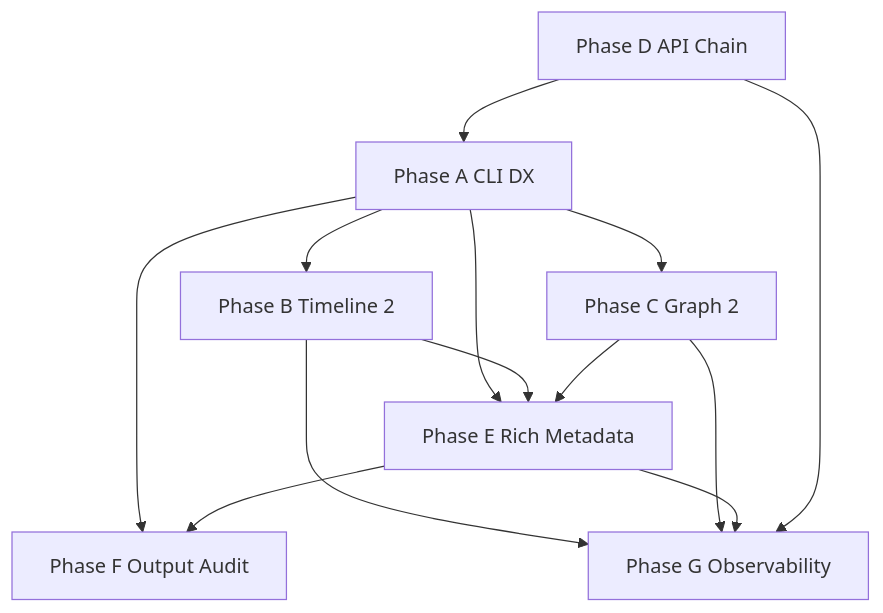
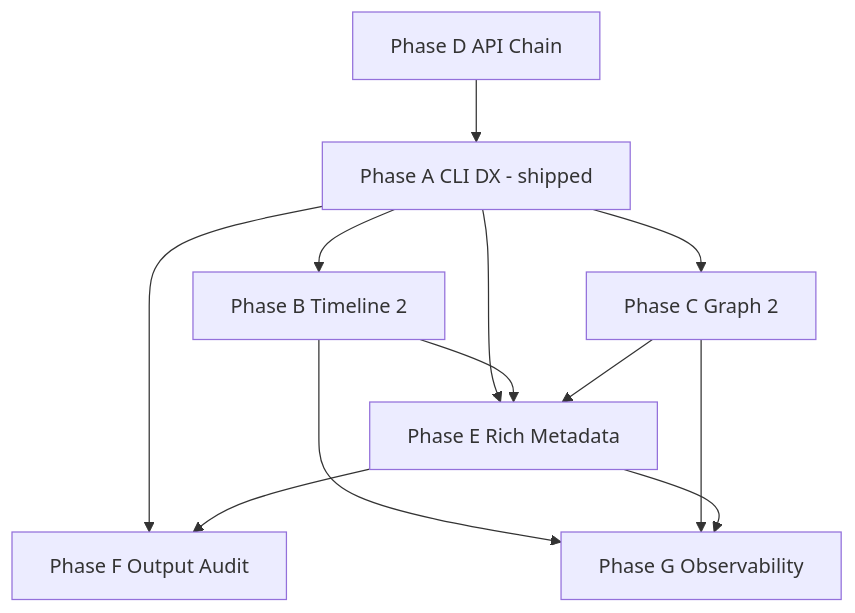
The diagram in maintainer/phases/observability-roadmap.md (zamdevio/expgov), drawn with Mermaid before and after one commit. The commit also changed other lines of this file and 31 other files, not shown here.

````diff
--- a/maintainer/phases/observability-roadmap.md
+++ b/maintainer/phases/observability-roadmap.md
@@ -79,23 +68,22 @@
 ```mermaid
 flowchart TD
-  A[Phase A CLI DX]
+  A[Phase A CLI DX - shipped]
   B[Phase B Timeline 2]
   C[Phase C Graph 2]
   D[Phase D API Chain]
   E[Phase E Rich Metadata]
   F[Phase F Output Audit]
   G[Phase G Observability]
 
   A --> B
   A --> C
   A --> E
   B --> E
   C --> E
   D --> A
   A --> F
   E --> F
   B --> G
   C --> G
   E --> G
-  D --> G
 ```
````
